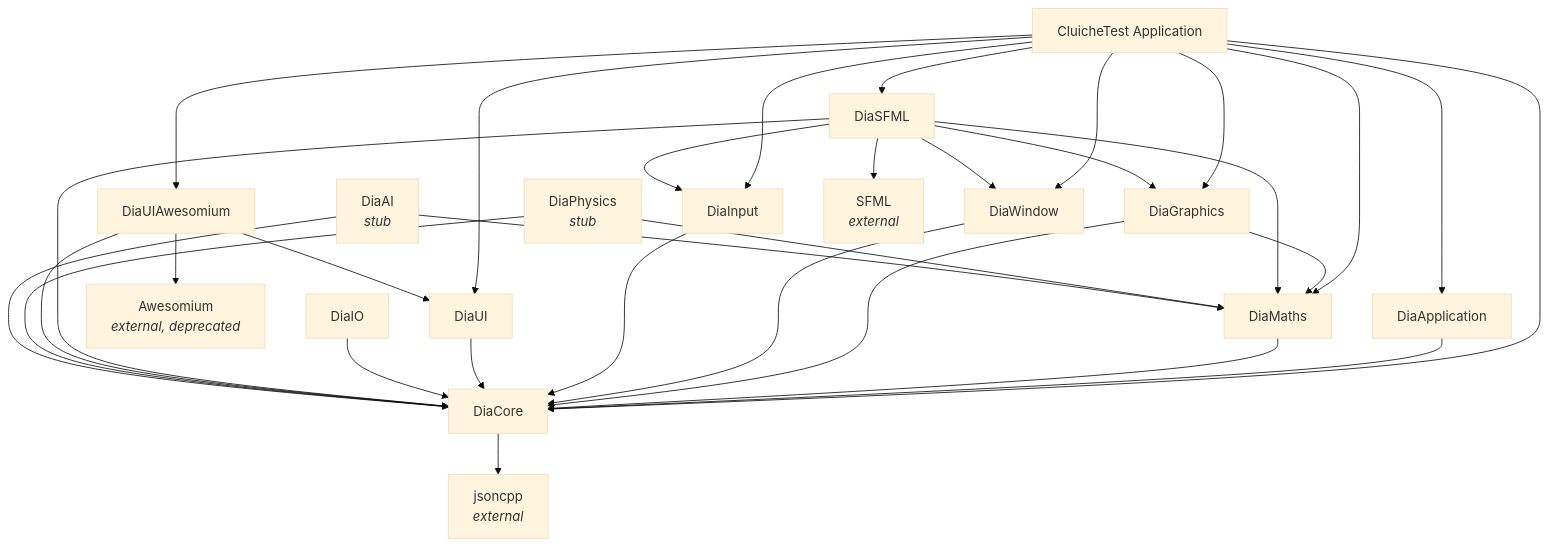
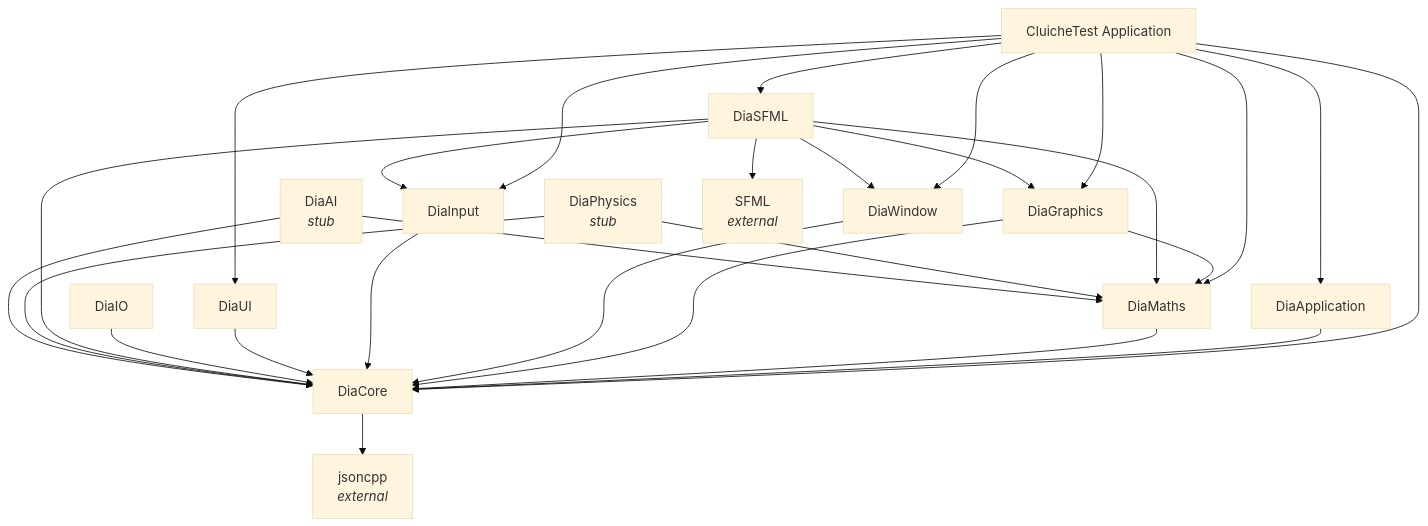
The diagram in docs/reference/ai-guides/dependency-graph.md (LenihanConor/Cluiche), drawn with Mermaid (base theme) before and after one commit. The commit also changed other lines of this file and 40 other files, not shown here.

````diff
--- a/docs/reference/ai-guides/dependency-graph.md
+++ b/docs/reference/ai-guides/dependency-graph.md
@@ -154,77 +148,70 @@
 ```mermaid
 graph TD
     %% Application Layer
     Cluiche[CluicheTest Application]
     
     %% Dia Framework
     DiaApp[DiaApplication]
     
     %% Dia Core
     DiaCore[DiaCore]
     
     %% Dia Platform Abstractions
     DiaMaths[DiaMaths]
     DiaGraphics[DiaGraphics]
     DiaWindow[DiaWindow]
     DiaInput[DiaInput]
     DiaUI[DiaUI]
     DiaIO[DiaIO]
     
     %% Dia Backend
     DiaSFML[DiaSFML]
-    DiaUIAwe[DiaUIAwesomium]
     
     %% Dia Specialized (Stubs)
     DiaPhysics[DiaPhysics<br/><i>stub</i>]
     DiaAI[DiaAI<br/><i>stub</i>]
     
     %% External
     SFML[SFML<br/><i>external</i>]
-    Awesomium[Awesomium<br/><i>external, deprecated</i>]
     JsonCpp[jsoncpp<br/><i>external</i>]
     
     %% Application dependencies
     Cluiche --> DiaApp
     Cluiche --> DiaCore
     Cluiche --> DiaMaths
     Cluiche --> DiaGraphics
     Cluiche --> DiaWindow
     Cluiche --> DiaInput
     Cluiche --> DiaUI
     Cluiche --> DiaSFML
-    Cluiche --> DiaUIAwe
     
     %% Framework dependencies
     DiaApp --> DiaCore
     
     %% Platform abstraction dependencies
     DiaMaths --> DiaCore
     DiaGraphics --> DiaCore
     DiaGraphics --> DiaMaths
     DiaWindow --> DiaCore
     DiaInput --> DiaCore
     DiaUI --> DiaCore
     DiaIO --> DiaCore
     
     %% Backend dependencies
     DiaSFML --> SFML
     DiaSFML --> DiaCore
     DiaSFML --> DiaMaths
     DiaSFML --> DiaGraphics
     DiaSFML --> DiaWindow
     DiaSFML --> DiaInput
     
-    DiaUIAwe --> Awesomium
-    DiaUIAwe --> DiaCore
-    DiaUIAwe --> DiaUI
-    
     %% Specialized dependencies
     DiaPhysics --> DiaCore
     DiaPhysics --> DiaMaths
     
     DiaAI --> DiaCore
     DiaAI --> DiaMaths
     
     %% Core dependencies
     DiaCore --> JsonCpp
 ```
````
